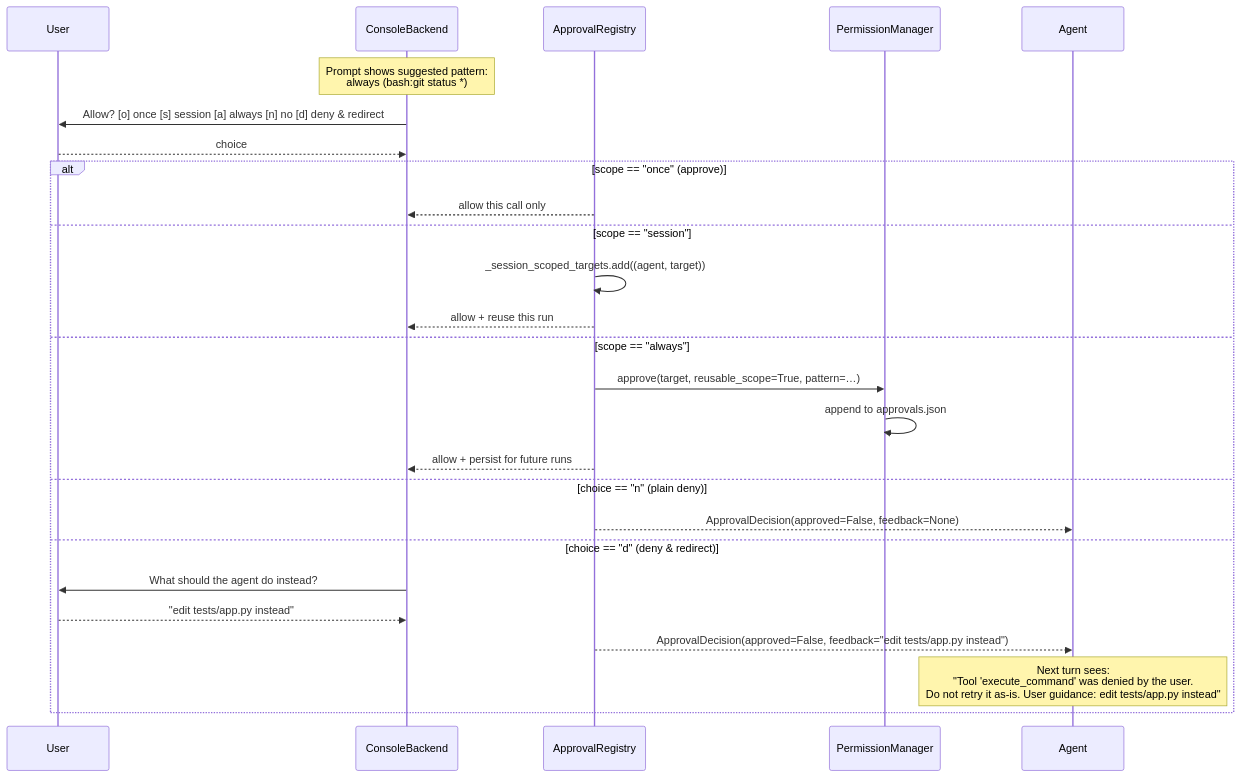
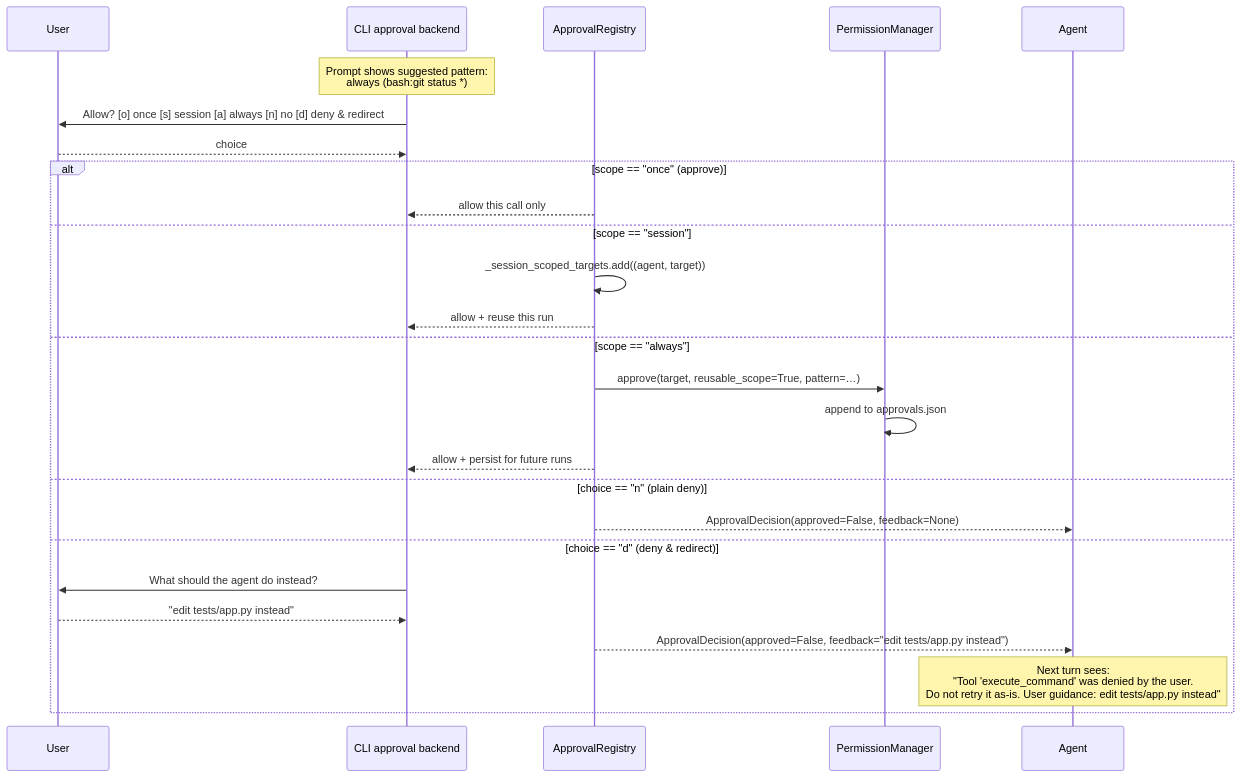
The second of 8 diagrams in docs/features/interactive-approval.mdx (MervinPraison/PraisonAIDocs), drawn with Mermaid before and after one commit. The commit also changed other lines of this file and 3 other files, not shown here.

First line of the commit message:
docs: clarify ConsoleBackend vs InteractiveCLIApprovalBackend in approval docs (fixes #3757)

````diff
--- a/docs/features/interactive-approval.mdx
+++ b/docs/features/interactive-approval.mdx
@@ -112,29 +112,29 @@
 ```mermaid
 sequenceDiagram
     participant U as User
-    participant B as ConsoleBackend
+    participant B as CLI approval backend
     participant R as ApprovalRegistry
     participant PM as PermissionManager
     participant A as Agent
 
     Note over B: Prompt shows suggested pattern:<br/>always (bash:git status *)
     B->>U: Allow?  [o] once  [s] session  [a] always  [n] no  [d] deny & redirect
     U-->>B: choice
     alt scope == "once" (approve)
         R-->>B: allow this call only
     else scope == "session"
         R->>R: _session_scoped_targets.add((agent, target))
         R-->>B: allow + reuse this run
     else scope == "always"
         R->>PM: approve(target, reusable_scope=True, pattern=…)
         PM->>PM: append to approvals.json
         R-->>B: allow + persist for future runs
     else choice == "n" (plain deny)
         R-->>A: ApprovalDecision(approved=False, feedback=None)
     else choice == "d" (deny & redirect)
         B->>U: What should the agent do instead?
         U-->>B: "edit tests/app.py instead"
         R-->>A: ApprovalDecision(approved=False, feedback="edit tests/app.py instead")
         Note over A: Next turn sees:<br/>"Tool 'execute_command' was denied by the user.<br/>Do not retry it as-is. User guidance: edit tests/app.py instead"
     end
 ```
````
